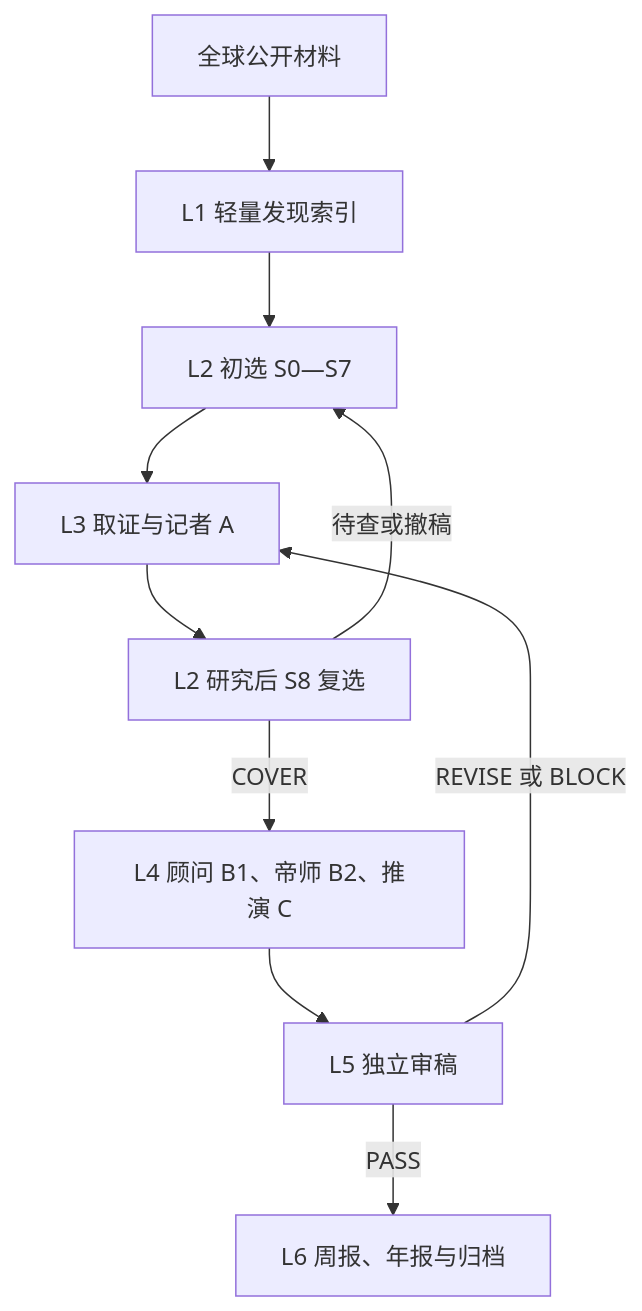
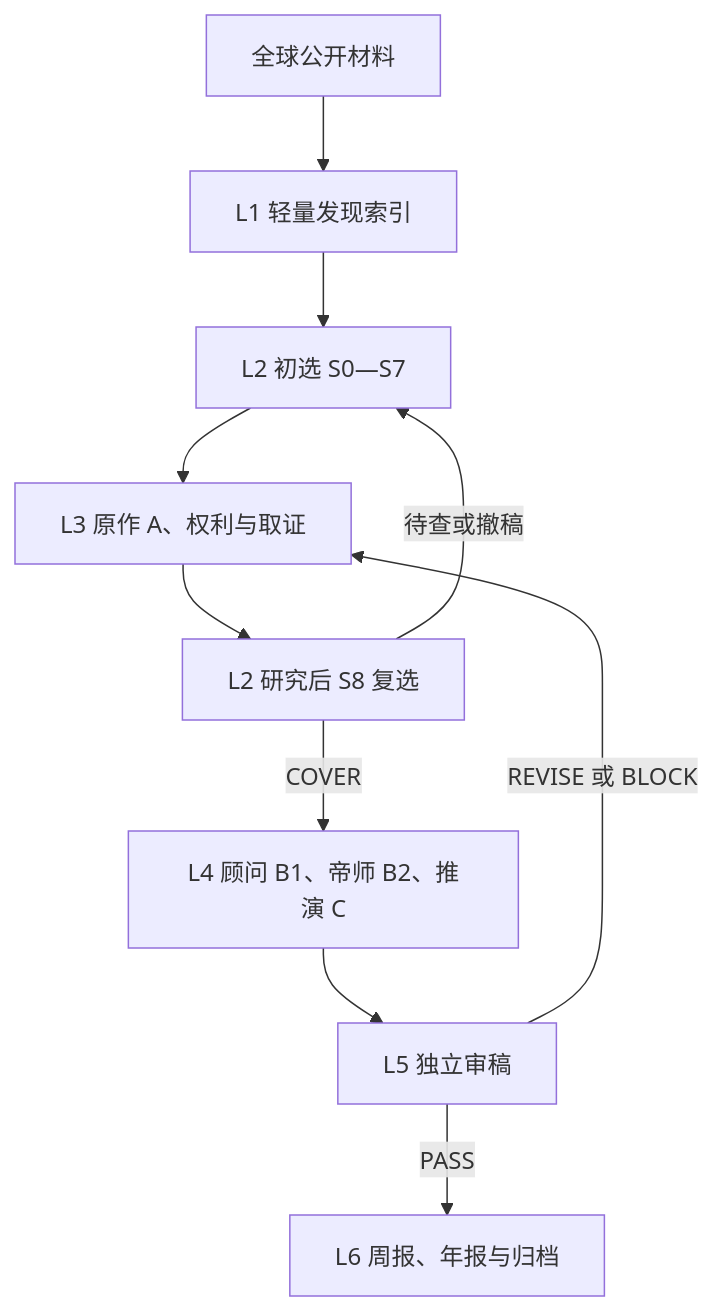
Before and after one commit to pyzz58/gpt-recommendations: the diagram in newspaper/strategic-intelligence/CANONICAL_SYSTEM_SPEC_V5.md, drawn with Mermaid. The commit also changed other lines of this file and 3 other files, not shown here.

````diff
--- a/newspaper/strategic-intelligence/CANONICAL_SYSTEM_SPEC_V5.md
+++ b/newspaper/strategic-intelligence/CANONICAL_SYSTEM_SPEC_V5.md
@@ -321,12 +329,12 @@
 ```mermaid
 flowchart TD
     A["全球公开材料"] --> B["L1 轻量发现索引"]
     B --> C["L2 初选 S0—S7"]
-    C --> D["L3 取证与记者 A"]
+    C --> D["L3 原作 A、权利与取证"]
     D --> E["L2 研究后 S8 复选"]
     E -->|COVER| F["L4 顾问 B1、帝师 B2、推演 C"]
     E -->|待查或撤稿| C
     F --> G["L5 独立审稿"]
     G -->|REVISE 或 BLOCK| D
     G -->|PASS| H["L6 周报、年报与归档"]
 ```
````
